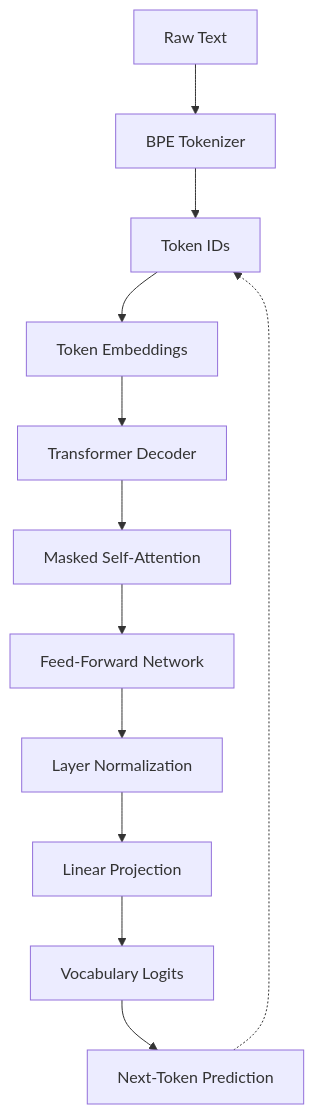
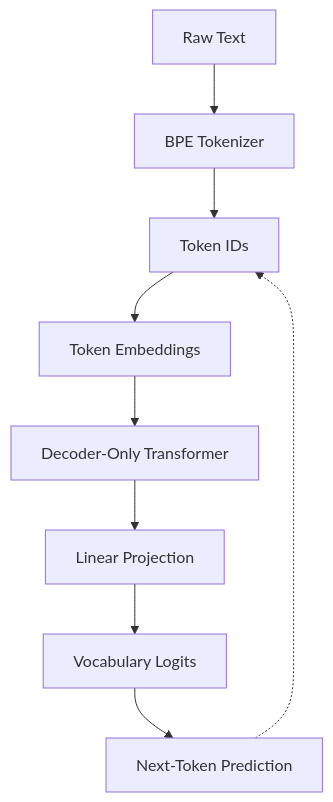
One commit to 0xf0xy/Arch changed the diagram in README.md. Above: the diagram before and after it, drawn with Mermaid.

Commit message:
simplify flowchart in README for decoder-only Transformer model

````diff
--- a/README.md
+++ b/README.md
@@ -59,27 +59,21 @@
 ```mermaid
 flowchart TB
-
     A["Raw Text"]
     B["BPE Tokenizer"]
     C["Token IDs"]
     D["Token Embeddings"]
-    E["Transformer Decoder"]
-    F["Masked Self-Attention"]
-    G["Feed-Forward Network"]
-    H["Layer Normalization"]
-    I["Linear Projection"]
-    J["Vocabulary Logits"]
-    K["Next-Token Prediction"]
+    E["Decoder-Only Transformer"]
+    F["Linear Projection"]
+    G["Vocabulary Logits"]
+    H["Next-Token Prediction"]
 
     A --> B
     B --> C
     C --> D
     D --> E
     E --> F
     F --> G
     G --> H
-    H --> I
-    I --> J
-    J --> K
-    K -.-> C
+
+    H -.-> C
 ```
````
